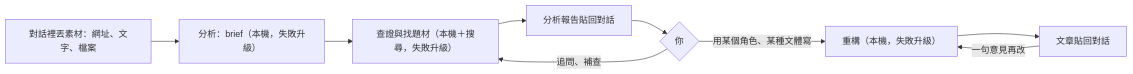
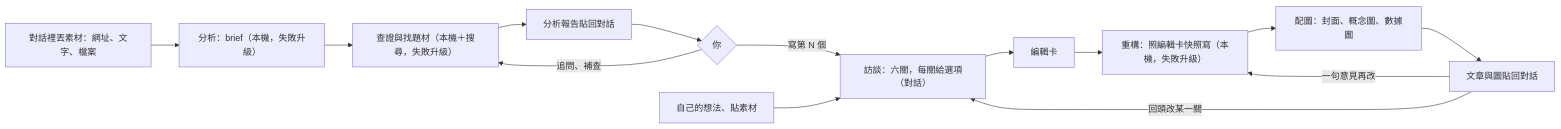
The diagram in docs/10-truth/requirements/prd.md (Zenobia000/evidence-forge), drawn with Mermaid before and after one commit. The commit also changed other lines of this file and 9 other files, not shown here.

First line of the commit message:
docs(adr): decide the interview, seven genres and figure billing for the content workflow

````diff
--- a/docs/10-truth/requirements/prd.md
+++ b/docs/10-truth/requirements/prd.md
@@ -23,11 +25,16 @@
 ```mermaid
 flowchart LR
     A["對話裡丟素材：網址、文字、檔案"] --> B["分析：brief（本機，失敗升級）"]
     B --> C["查證與找題材（本機＋搜尋，失敗升級）"]
     C --> D["分析報告貼回對話"]
     D --> E{"你"}
     E -- "追問、補查" --> C
-    E -- "用某個角色、某種文體寫" --> F["重構（本機，失敗升級）"]
-    F --> G["文章貼回對話"]
+    E -- "寫第 N 個" --> I["訪談：六關，每關給選項（對話）"]
+    H["自己的想法、貼素材"] --> I
+    I --> K["編輯卡"]
+    K --> F["重構：照編輯卡快照寫（本機，失敗升級）"]
+    F --> J["配圖：封面、概念圖、數據圖"]
+    J --> G["文章與圖貼回對話"]
     G -- "一句意見再改" --> F
+    G -- "回頭改某一關" --> I
 ```
````
